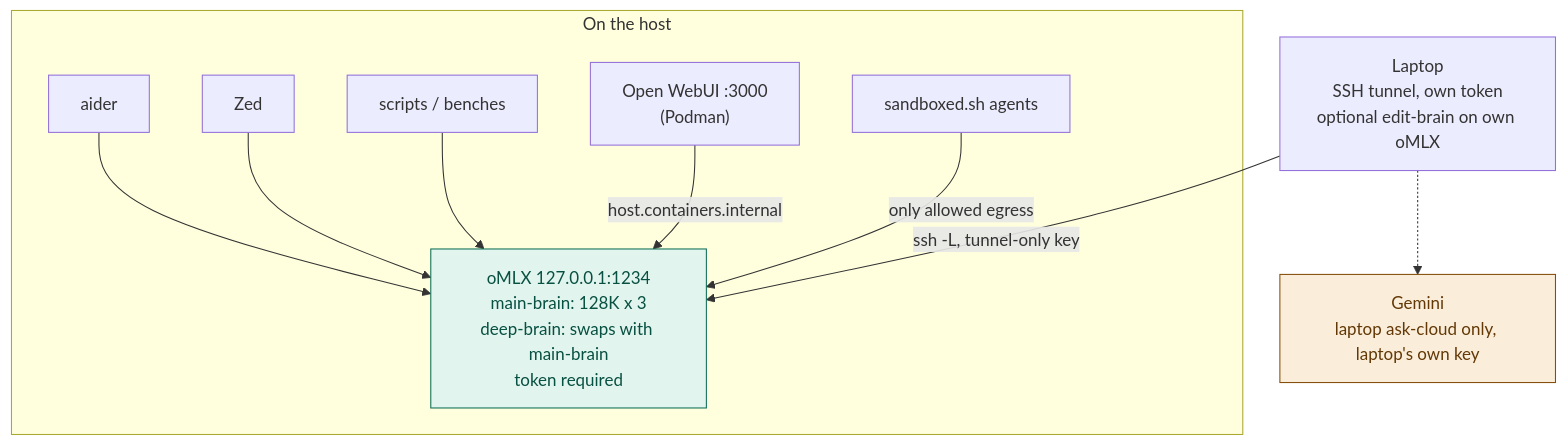
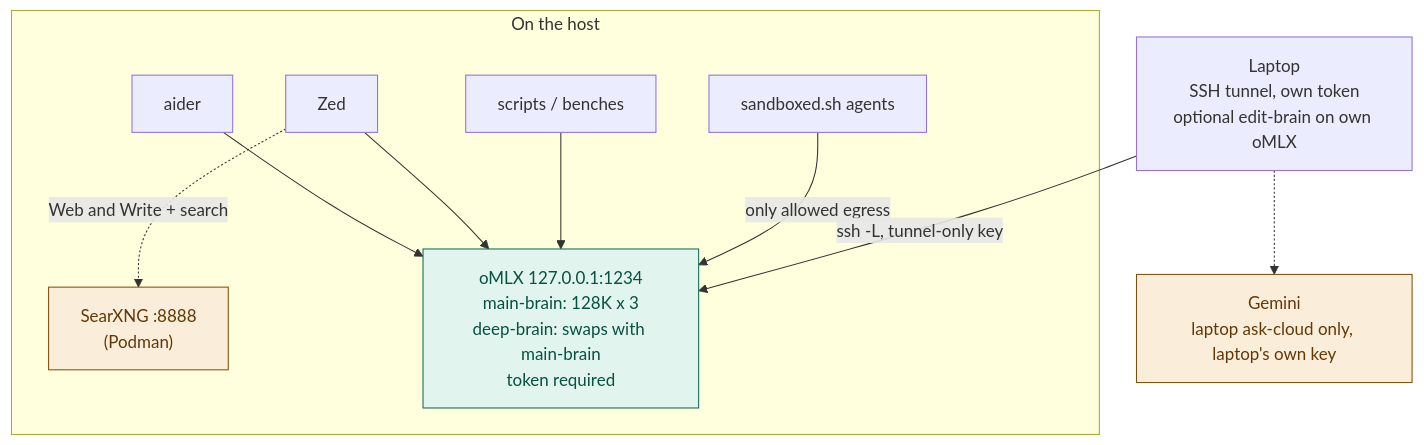
The diagram in docs/ARCHITECTURE.md (ouster/hearth), drawn with Mermaid before and after one commit. The commit also changed other lines of this file and 27 other files, not shown here.

First line of the commit message:
Drop Open WebUI and keep SearXNG on the machine that searches.

````diff
--- a/docs/ARCHITECTURE.md
+++ b/docs/ARCHITECTURE.md
@@ -10,27 +10,27 @@
 ```mermaid
 flowchart TB
     subgraph onHost["On the host"]
         aider["aider"]
         zed["Zed"]
         scripts["scripts / benches"]
-        webui["Open WebUI :3000<br/>(Podman)"]
+        searx["SearXNG :8888<br/>(Podman)"]
         sbx["sandboxed.sh agents"]
         srv["oMLX 127.0.0.1:1234<br/>main-brain: 128K x 3<br/>deep-brain: swaps with main-brain<br/>token required"]
     end
 
     laptop["Laptop<br/>SSH tunnel, own token<br/>optional edit-brain on own oMLX"]
     cloud["Gemini<br/>laptop ask-cloud only, laptop's own key"]
 
     aider --> srv
     zed --> srv
     scripts --> srv
-    webui -->|"host.containers.internal"| srv
+    zed -.->|"Web and Write + search"| searx
     sbx -->|"only allowed egress"| srv
     laptop -->|"ssh -L, tunnel-only key"| srv
     laptop -.-> cloud
 
     classDef localCls fill:#E1F5EE,stroke:#0F6E56,color:#085041
     classDef leaveCls fill:#FAEEDA,stroke:#854F0B,color:#633806
     class srv localCls
-    class cloud leaveCls
+    class cloud,searx leaveCls
 ```
````
